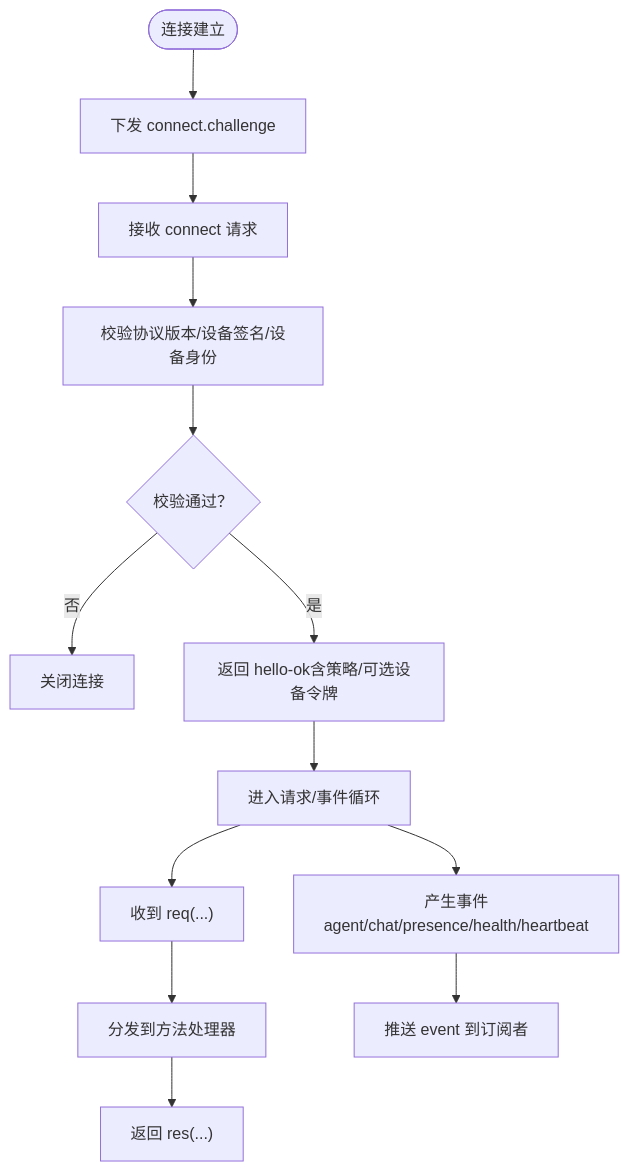
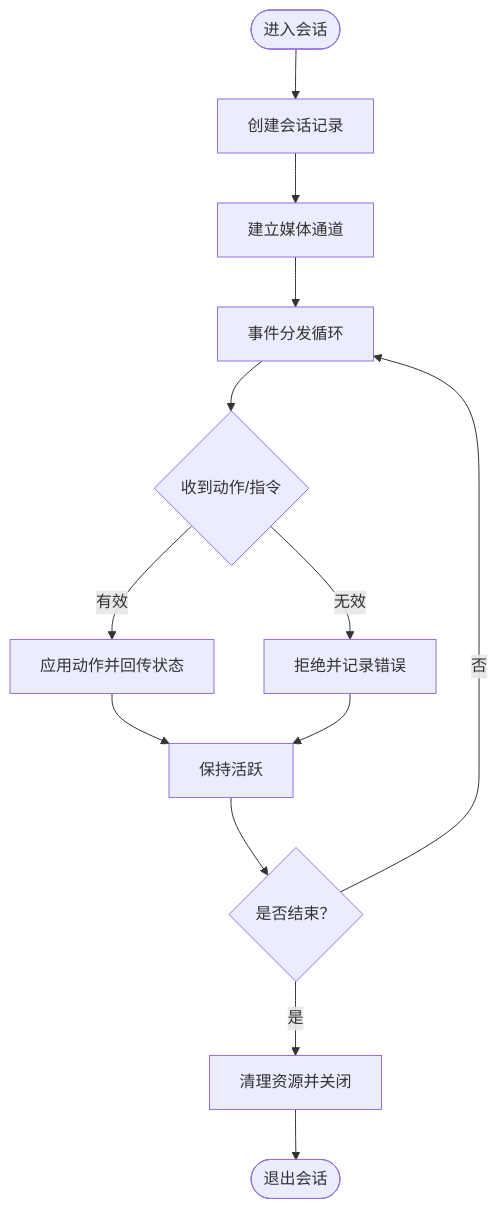
One commit to botx-work/OpenClaw-Internals changed the fourth of 5 diagrams in repowiki/zh/content/核心概念/网关架构.md. Above: the diagram before and after it, drawn with Mermaid. The commit also changed other lines of this file and 542 other files, not shown here.

````diff
--- a/repowiki/zh/content/核心概念/网关架构.md
+++ b/repowiki/zh/content/核心概念/网关架构.md
@@ -139,15 +250,15 @@
 ```mermaid
 flowchart TD
-Start(["连接建立"]) --> Challenge["下发 connect.challenge"]
-Challenge --> RecvConnect["接收 connect 请求"]
-RecvConnect --> Verify["校验协议版本/设备签名/设备身份"]
-Verify --> Ok{"校验通过？"}
-Ok --> |否| Close["关闭连接"]
-Ok --> |是| Hello["返回 hello-ok含策略/可选设备令牌"]
-Hello --> Loop["进入请求/事件循环"]
-Loop --> Req["收到 req(...)"]
-Req --> Dispatch["分发到方法处理器"]
-Dispatch --> Resp["返回 res(...)"]
-Loop --> Event["产生事件agent/chat/presence/health/heartbeat"]
-Event --> Push["推送 event 到订阅者"]
+Start(["进入会话"]) --> Create["创建会话记录"]
+Create --> Media["建立媒体通道"]
+Media --> Events["事件分发循环"]
+Events --> Action{"收到动作/指令"}
+Action --> |有效| Apply["应用动作并回传状态"]
+Action --> |无效| Reject["拒绝并记录错误"]
+Apply --> KeepAlive["保持活跃"]
+Reject --> KeepAlive
+KeepAlive --> Close{"是否结束？"}
+Close --> |否| Events
+Close --> |是| Cleanup["清理资源并关闭"]
+Cleanup --> End(["退出会话"])
 ```
````
